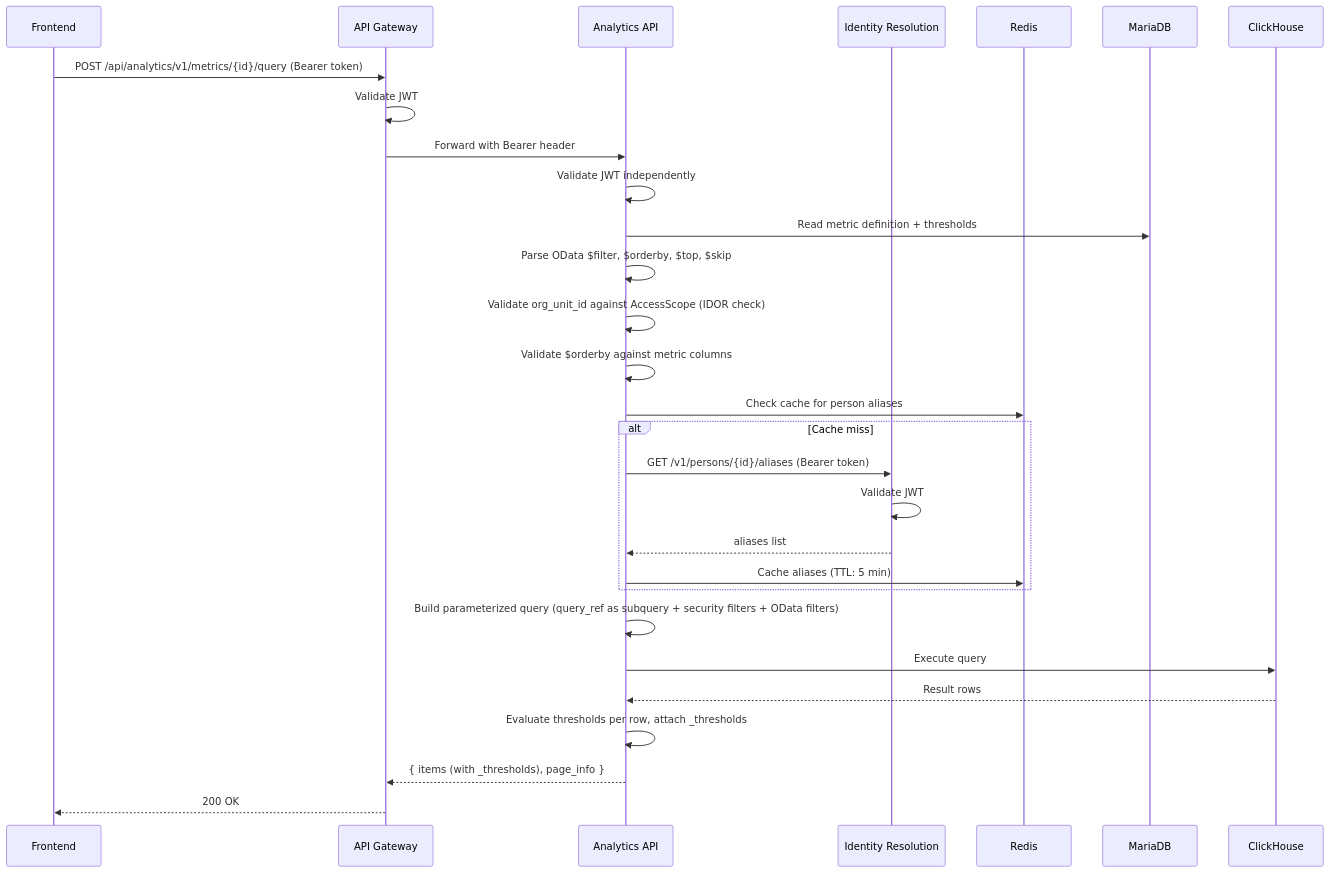
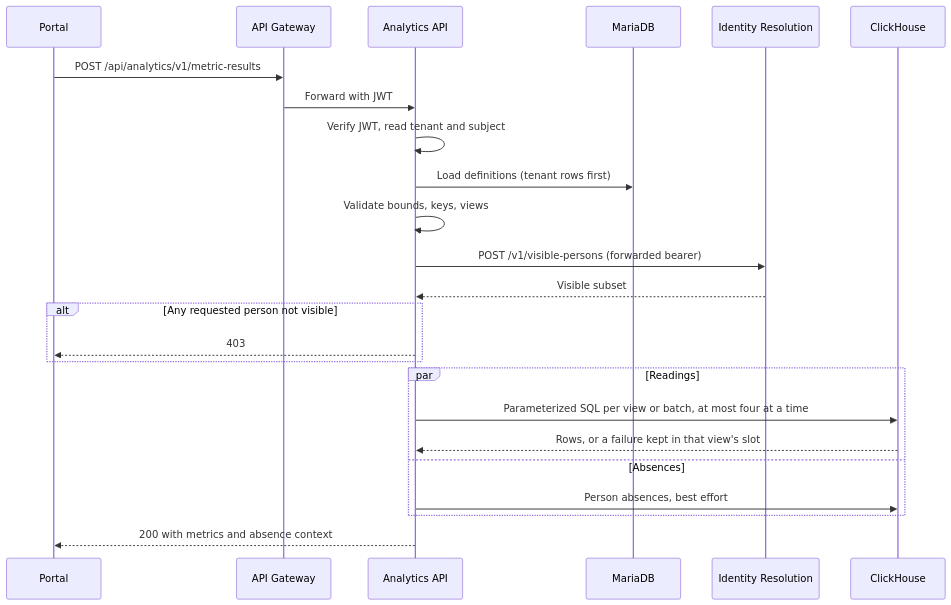
One commit to constructorfabric/insight changed the second of 3 diagrams in docs/components/backend/analytics/DESIGN.md. Above: the diagram before and after it, drawn with Mermaid. The commit also changed other lines of this file and 1 other file, not shown here.

First line of the commit message:
docs(analytics): describe the metric-definitions architecture

````diff
--- a/docs/components/backend/analytics/DESIGN.md
+++ b/docs/components/backend/analytics/DESIGN.md
@@ -461,32 +461,27 @@
 ```mermaid
 sequenceDiagram
-    participant FE as Frontend
+    participant FE as Portal
     participant GW as API Gateway
     participant AA as Analytics API
+    participant MDB as MariaDB
     participant IR as Identity Resolution
-    participant RD as Redis
-    participant MDB as MariaDB
     participant CH as ClickHouse
 
-    FE->>GW: POST /api/analytics/v1/metrics/{id}/query (Bearer token)
-    GW->>GW: Validate JWT
-    GW->>AA: Forward with Bearer header
-    AA->>AA: Validate JWT independently
-    AA->>MDB: Read metric definition + thresholds
-    AA->>AA: Parse OData $filter, $orderby, $top, $skip
-    AA->>AA: Validate org_unit_id against AccessScope (IDOR check)
-    AA->>AA: Validate $orderby against metric columns
-    AA->>RD: Check cache for person aliases
-    alt Cache miss
-        AA->>IR: GET /v1/persons/{id}/aliases (Bearer token)
-        IR->>IR: Validate JWT
-        IR-->>AA: aliases list
-        AA->>RD: Cache aliases (TTL: 5 min)
+    FE->>GW: POST /api/analytics/v1/metric-results
+    GW->>AA: Forward with JWT
+    AA->>AA: Verify JWT, read tenant and subject
+    AA->>MDB: Load definitions (tenant rows first)
+    AA->>AA: Validate bounds, keys, views
+    AA->>IR: POST /v1/visible-persons (forwarded bearer)
+    IR-->>AA: Visible subset
+    alt Any requested person not visible
+        AA-->>FE: 403
     end
-    AA->>AA: Build parameterized query (query_ref as subquery + security filters + OData filters)
-    AA->>CH: Execute query
-    CH-->>AA: Result rows
-    AA->>AA: Evaluate thresholds per row, attach _thresholds
-    AA-->>GW: { items (with _thresholds), page_info }
-    GW-->>FE: 200 OK
+    par Readings
+        AA->>CH: Parameterized SQL per view or batch, at most four at a time
+        CH-->>AA: Rows, or a failure kept in that view's slot
+    and Absences
+        AA->>CH: Person absences, best effort
+    end
+    AA-->>FE: 200 with metrics and absence context
 ```
````
